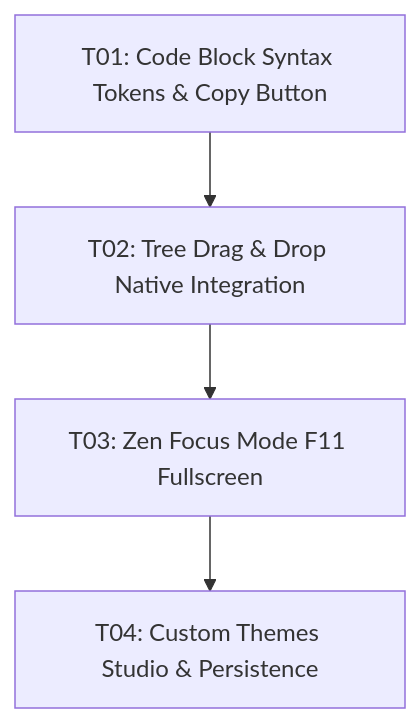
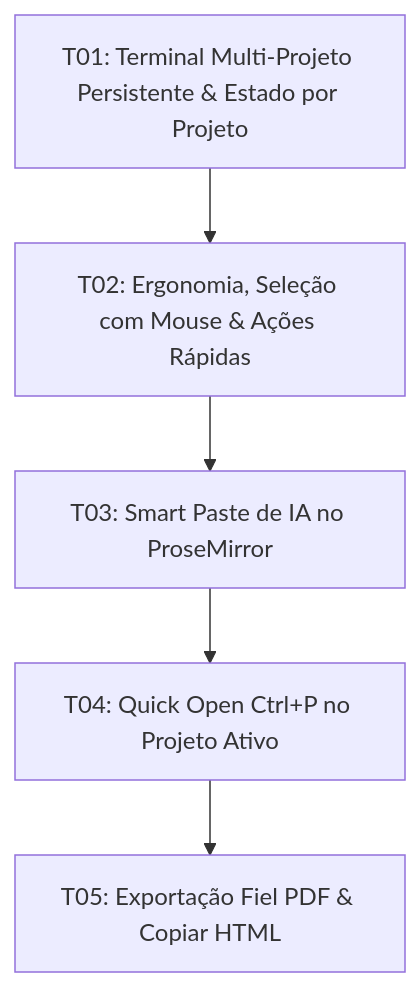
One commit to Thander21/Veu-MD changed the diagram in .specs/features/veu-md-advanced/tasks.md. Above: the diagram before and after it, drawn with Mermaid. The commit also changed other lines of this file and 14 other files, not shown here.

Commit message:
feat(terminal): persist multi-project PTY sessions without DOM reset

````diff
--- a/.specs/features/veu-md-advanced/tasks.md
+++ b/.specs/features/veu-md-advanced/tasks.md
@@ -10,6 +25,7 @@
 ```mermaid
 graph TD
-    T01[T01: Code Block Syntax Tokens & Copy Button] --> T02[T02: Tree Drag & Drop Native Integration]
-    T02 --> T03[T03: Zen Focus Mode F11 Fullscreen]
-    T03 --> T04[T04: Custom Themes Studio & Persistence]
+    T01[T01: Terminal Multi-Projeto Persistente & Estado por Projeto] --> T02[T02: Ergonomia, Seleção com Mouse & Ações Rápidas]
+    T02 --> T03[T03: Smart Paste de IA no ProseMirror]
+    T03 --> T04[T04: Quick Open Ctrl+P no Projeto Ativo]
+    T04 --> T05[T05: Exportação Fiel PDF & Copiar HTML]
 ```
````
